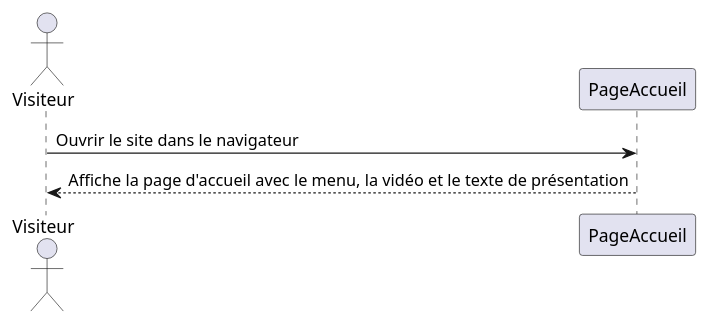
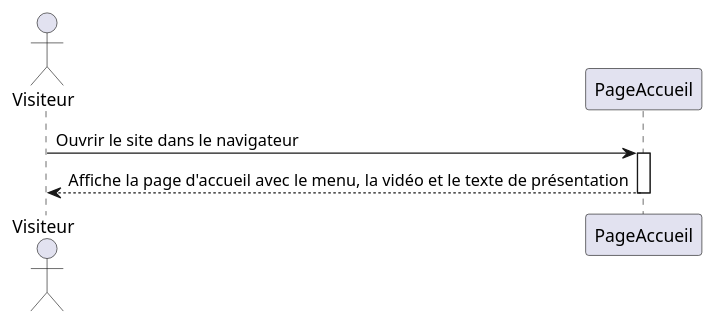
One commit to elamranibilel/Ortholib changed the diagram in analyse/UML/Séquence/visiteur/1_acceder_Accueil.wsd. Above: the diagram before and after it, drawn with PlantUML. The commit also changed 18 other files, not shown here.

```diff
--- a/analyse/UML/Séquence/visiteur/1_acceder_Accueil.wsd
+++ b/analyse/UML/Séquence/visiteur/1_acceder_Accueil.wsd
@@ -1,7 +1,9 @@
 @startuml Accueil
 actor Visiteur
 participant PageAccueil
 
 Visiteur -> PageAccueil : Ouvrir le site dans le navigateur
+activate PageAccueil
 PageAccueil --> Visiteur : Affiche la page d'accueil avec le menu, la vidéo et le texte de présentation
+deactivate PageAccueil
 @enduml
```
